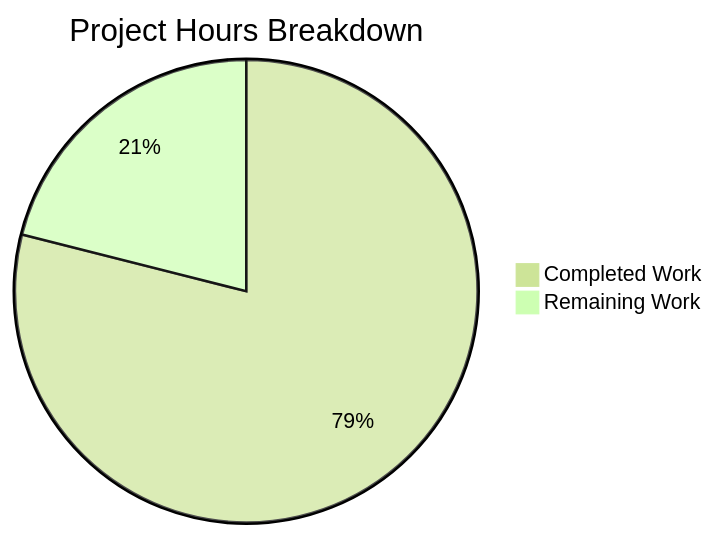
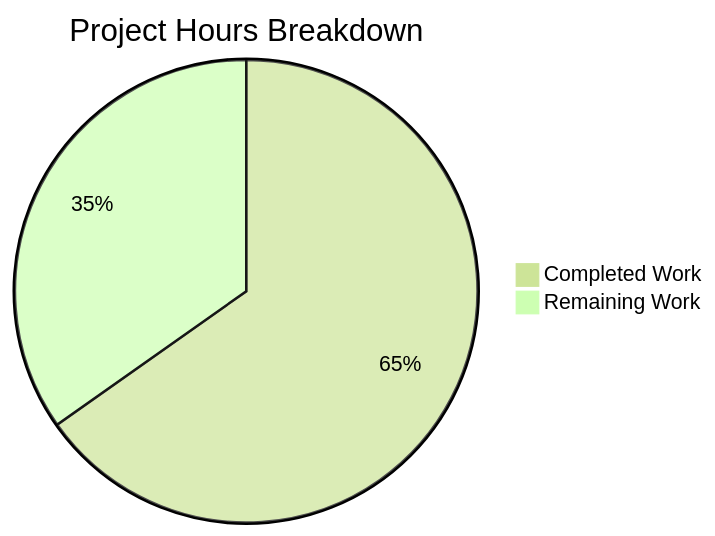
Before and after one commit to Sandeep01Kumar/08-dec-existing-projects-qa: the diagram in blitzy/documentation/Project Guide.md, drawn with Mermaid (forest theme). The commit also changed other lines of this file, not shown here.

Commit message:
Adding Blitzy Project Guide: Project Status and Human Tasks Remaining

````diff
--- a/blitzy/documentation/Project Guide.md
+++ b/blitzy/documentation/Project Guide.md
@@ -65,5 +110,5 @@
 ```mermaid
 pie title Project Hours Breakdown
     "Completed Work" : 30
-    "Remaining Work" : 8
+    "Remaining Work" : 16
 ```
````
